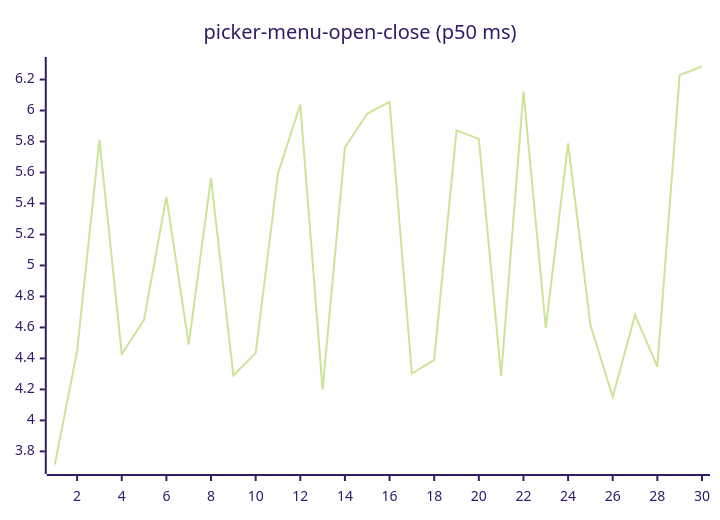
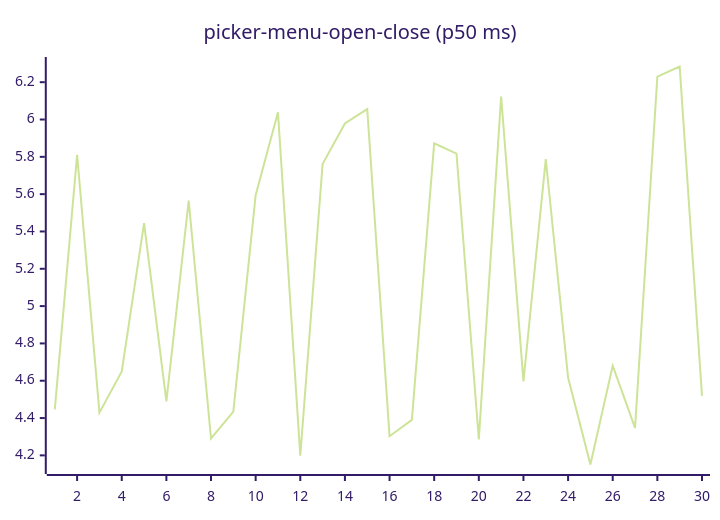
Diagram 16 of 27 in README.md (josha/Facet), drawn with Mermaid (forest theme) before and after one commit. The commit also changed other lines of this file and 2 other files, not shown here.

````diff
--- a/README.md
+++ b/README.md
@@ -168,6 +168,6 @@
 ```mermaid
 xychart-beta
     title "picker-menu-open-close (p50 ms)"
     x-axis 1 --> 30
-    line [3.7154, 4.4466, 5.8101, 4.4287, 4.6495, 5.4442, 4.4899, 5.5654, 4.2905, 4.4342, 5.5941, 6.0384, 4.1981, 5.7619, 5.9791, 6.0560, 4.3027, 4.3902, 5.8724, 5.8169, 4.2859, 6.1231, 4.5970, 5.7880, 4.6174, 4.1511, 4.6804, 4.3471, 6.2296, 6.2841]
+    line [4.4466, 5.8101, 4.4287, 4.6495, 5.4442, 4.4899, 5.5654, 4.2905, 4.4342, 5.5941, 6.0384, 4.1981, 5.7619, 5.9791, 6.0560, 4.3027, 4.3902, 5.8724, 5.8169, 4.2859, 6.1231, 4.5970, 5.7880, 4.6174, 4.1511, 4.6804, 4.3471, 6.2296, 6.2841, 4.5186]
 ```
````
